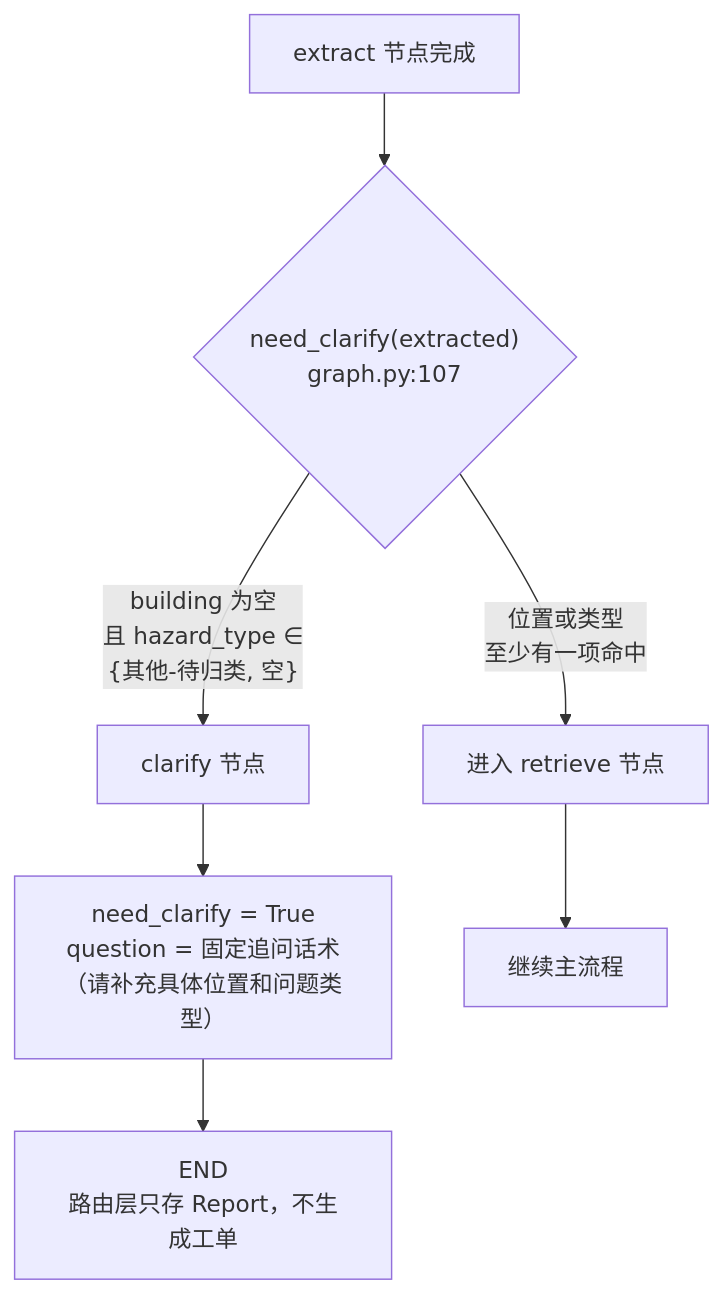
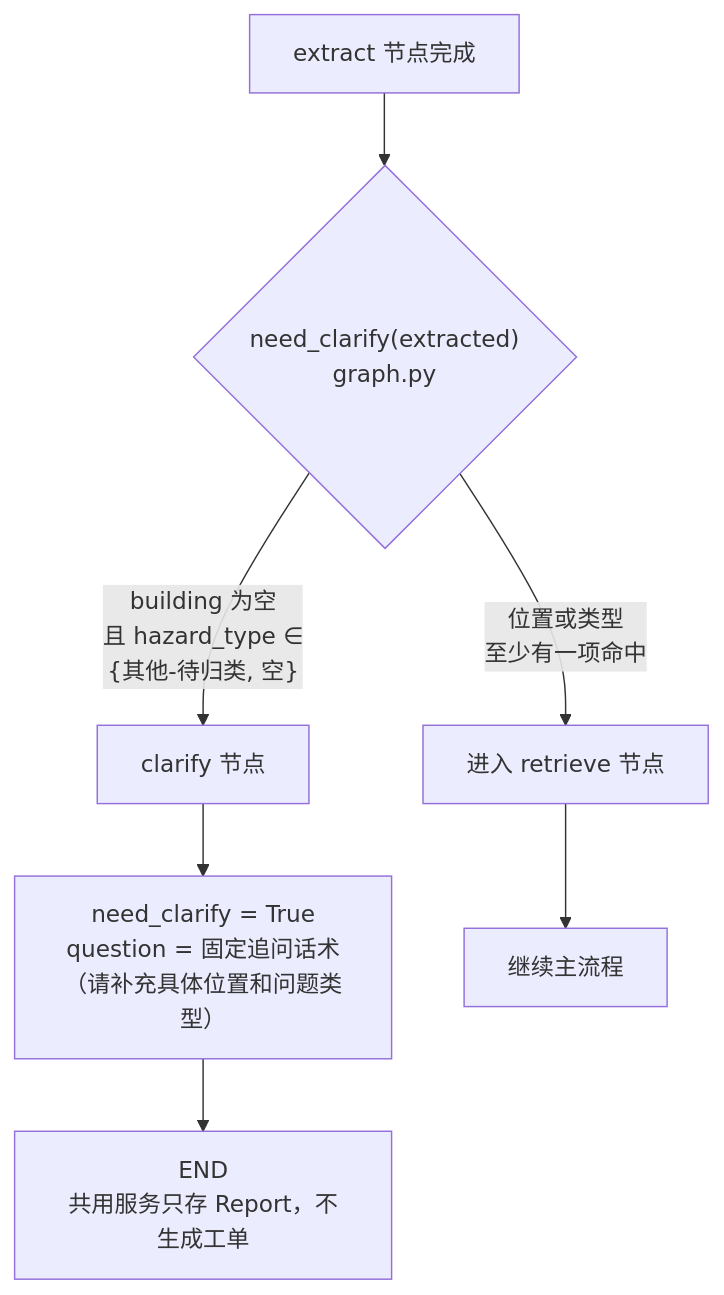
The third of 8 diagrams in docs/隐患上报Agent主链路说明.md (pandaadsas/zhuan-cloud), drawn with Mermaid before and after one commit. The commit also changed other lines of this file and 5 other files, not shown here.

````diff
--- a/docs/隐患上报Agent主链路说明.md
+++ b/docs/隐患上报Agent主链路说明.md
@@ -81,9 +81,9 @@
 ```mermaid
 flowchart TD
-    A["extract 节点完成"] --> B{"need_clarify(extracted)<br/>graph.py:107"}
+    A["extract 节点完成"] --> B{"need_clarify(extracted)<br/>graph.py"}
     B -- "building 为空<br/>且 hazard_type ∈<br/>{其他-待归类, 空}" --> C["clarify 节点"]
     B -- "位置或类型<br/>至少有一项命中" --> D["进入 retrieve 节点"]
     C --> E["need_clarify = True<br/>question = 固定追问话术<br/>（请补充具体位置和问题类型）"]
-    E --> F["END<br/>路由层只存 Report，不生成工单"]
+    E --> F["END<br/>共用服务只存 Report，不生成工单"]
     D --> G["继续主流程"]
 ```
````
